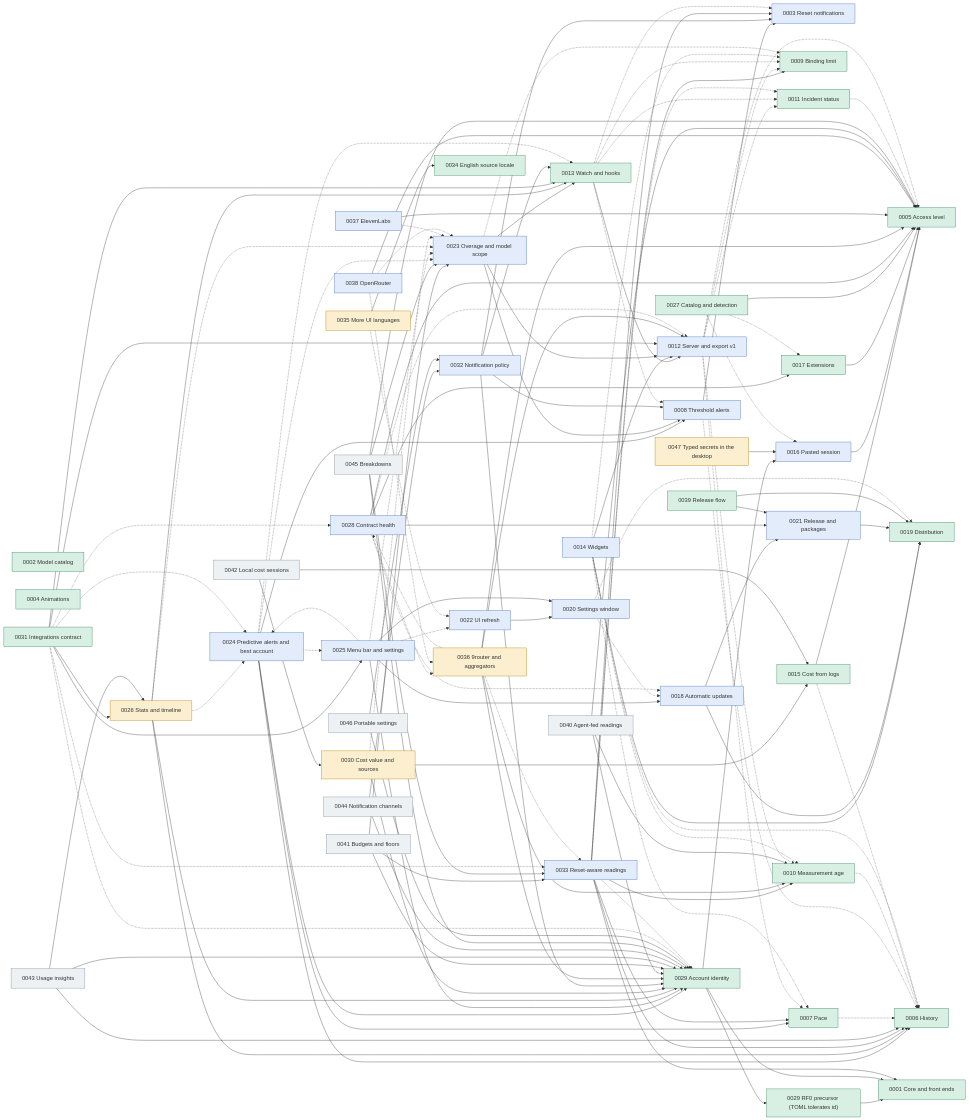
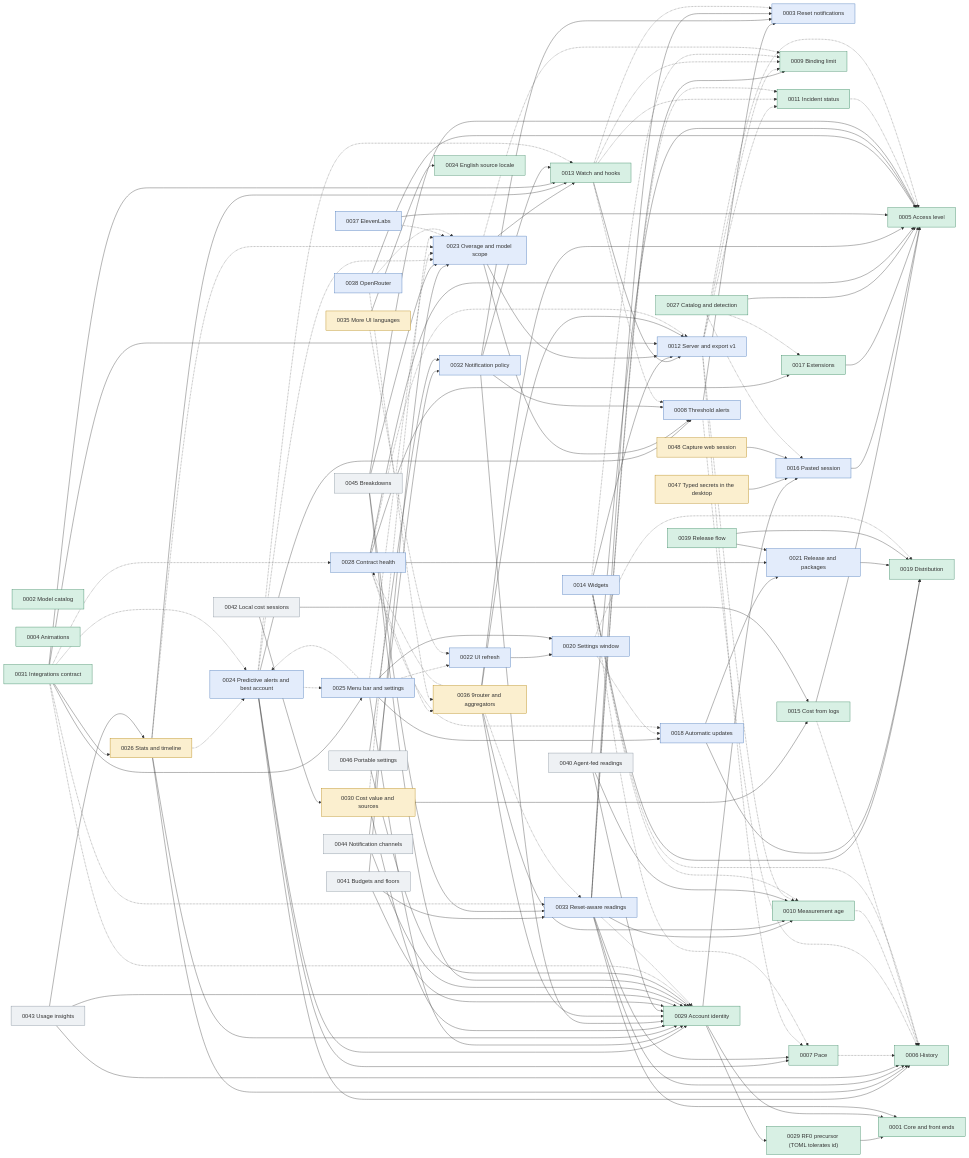
Before and after one commit to jmarcon/cuotai: the diagram in docs/plans/0000_control.md, drawn with Mermaid. The commit also changed other lines of this file and 1 other file, not shown here.

First line of the commit message:
docs(plans): add PRD 0048 sign in and capture a web session

```diff
--- a/docs/plans/0000_control.md
+++ b/docs/plans/0000_control.md
@@ -256,6 +257,7 @@
   P45["0045 Breakdowns"]:::todo
   P46["0046 Portable settings"]:::todo
   P47["0047 Typed secrets in the desktop"]:::wip
+  P48["0048 Capture web session"]:::wip
 
   P8 --> P3
   P13 --> P12
@@ -334,6 +336,7 @@
   P46 --> P29
   P46 --> P32
   P47 --> P16
+  P48 --> P16
 
   P7 -.-> P6
   P8 -.-> P6
```
